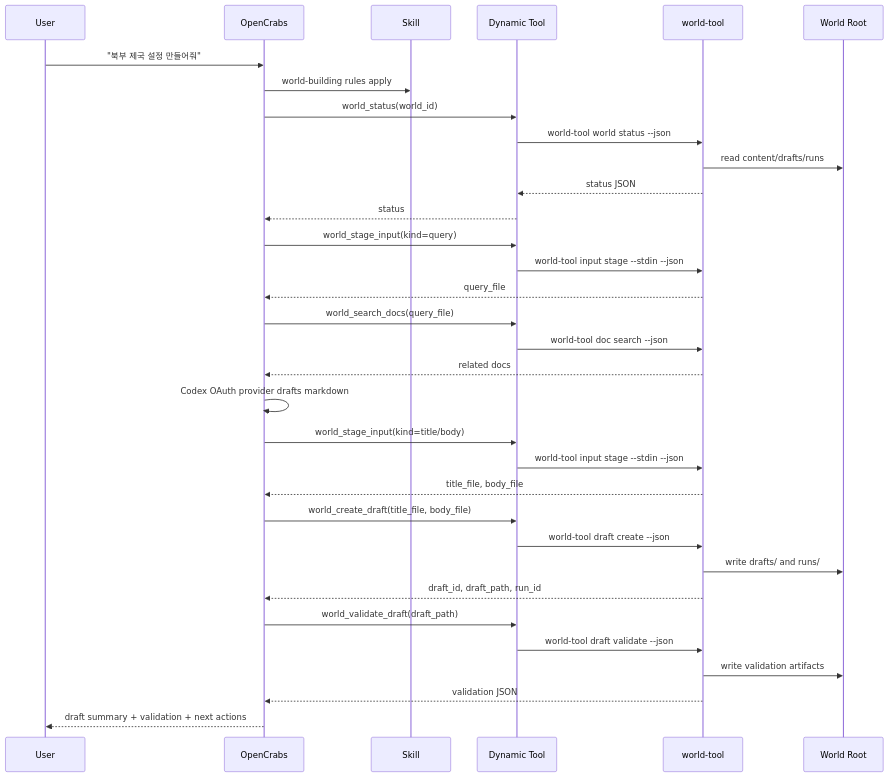
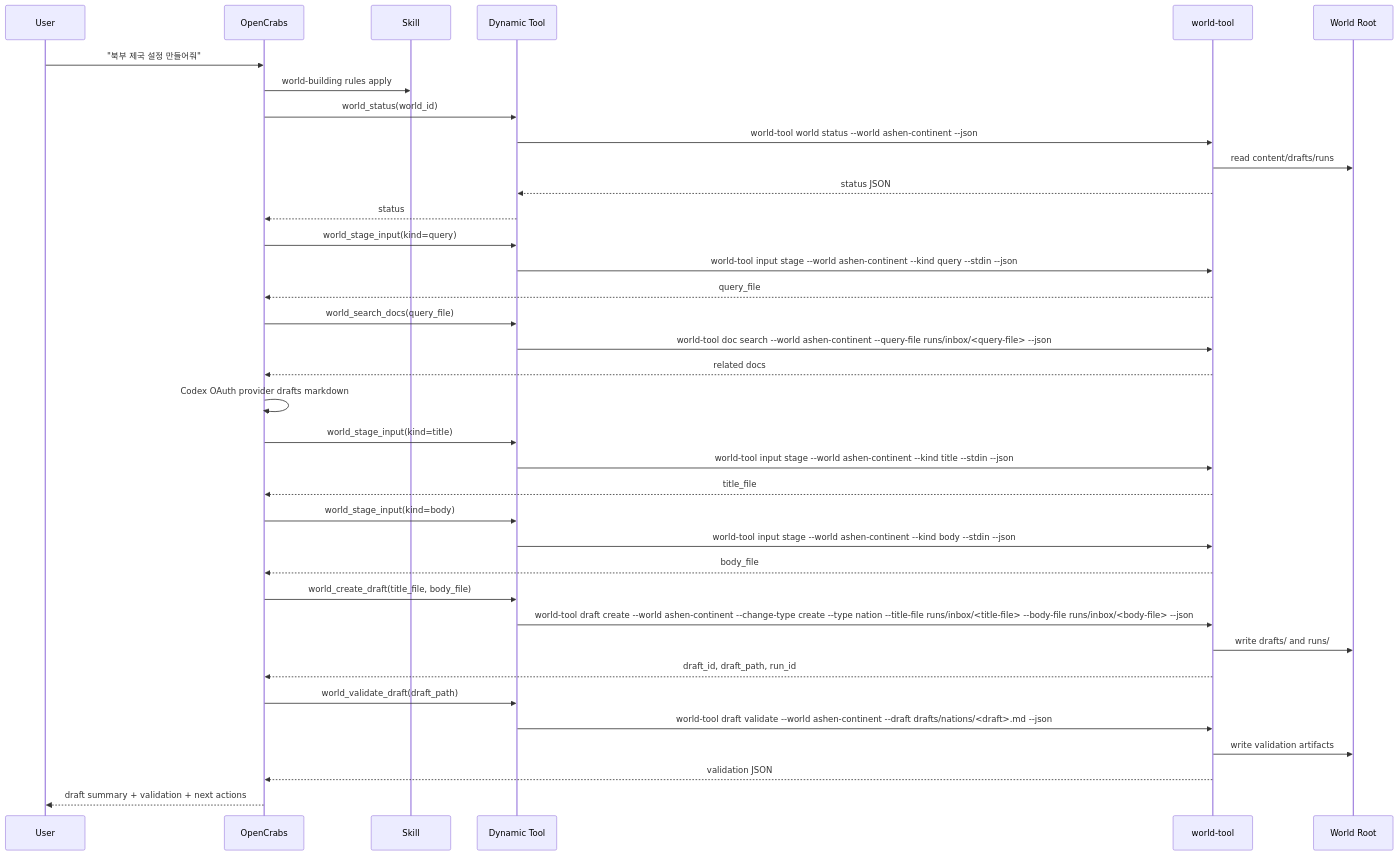
Before and after one commit to hoonzinope/world-building-harness: the third of 5 diagrams in docs/system-design.md, drawn with Mermaid. The commit also changed other lines of this file and 12 other files, not shown here.

````diff
--- a/docs/system-design.md
+++ b/docs/system-design.md
@@ -93,36 +108,39 @@
 ```mermaid
 sequenceDiagram
     participant User
     participant OpenCrabs
     participant Skill
     participant Tool as Dynamic Tool
     participant WT as world-tool
     participant World as World Root
 
     User->>OpenCrabs: "북부 제국 설정 만들어줘"
     OpenCrabs->>Skill: world-building rules apply
     OpenCrabs->>Tool: world_status(world_id)
-    Tool->>WT: world-tool world status --json
+    Tool->>WT: world-tool world status --world ashen-continent --json
     WT->>World: read content/drafts/runs
     WT-->>Tool: status JSON
     Tool-->>OpenCrabs: status
     OpenCrabs->>Tool: world_stage_input(kind=query)
-    Tool->>WT: world-tool input stage --stdin --json
+    Tool->>WT: world-tool input stage --world ashen-continent --kind query --stdin --json
     WT-->>OpenCrabs: query_file
     OpenCrabs->>Tool: world_search_docs(query_file)
-    Tool->>WT: world-tool doc search --json
+    Tool->>WT: world-tool doc search --world ashen-continent --query-file runs/inbox/<query-file> --json
     WT-->>OpenCrabs: related docs
     OpenCrabs->>OpenCrabs: Codex OAuth provider drafts markdown
-    OpenCrabs->>Tool: world_stage_input(kind=title/body)
-    Tool->>WT: world-tool input stage --stdin --json
-    WT-->>OpenCrabs: title_file, body_file
+    OpenCrabs->>Tool: world_stage_input(kind=title)
+    Tool->>WT: world-tool input stage --world ashen-continent --kind title --stdin --json
+    WT-->>OpenCrabs: title_file
+    OpenCrabs->>Tool: world_stage_input(kind=body)
+    Tool->>WT: world-tool input stage --world ashen-continent --kind body --stdin --json
+    WT-->>OpenCrabs: body_file
     OpenCrabs->>Tool: world_create_draft(title_file, body_file)
-    Tool->>WT: world-tool draft create --json
+    Tool->>WT: world-tool draft create --world ashen-continent --change-type create --type nation --title-file runs/inbox/<title-file> --body-file runs/inbox/<body-file> --json
     WT->>World: write drafts/ and runs/
     WT-->>OpenCrabs: draft_id, draft_path, run_id
     OpenCrabs->>Tool: world_validate_draft(draft_path)
-    Tool->>WT: world-tool draft validate --json
+    Tool->>WT: world-tool draft validate --world ashen-continent --draft drafts/nations/<draft>.md --json
     WT->>World: write validation artifacts
     WT-->>OpenCrabs: validation JSON
     OpenCrabs-->>User: draft summary + validation + next actions
 ```
````
